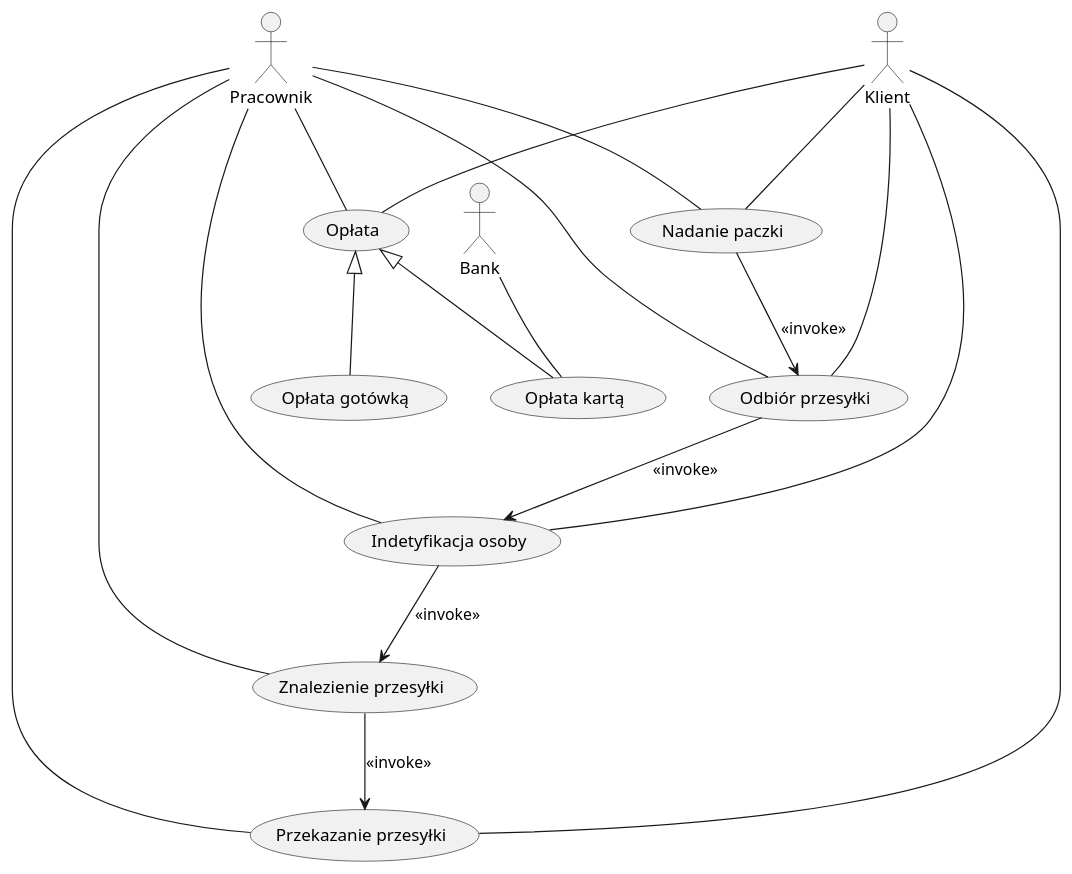
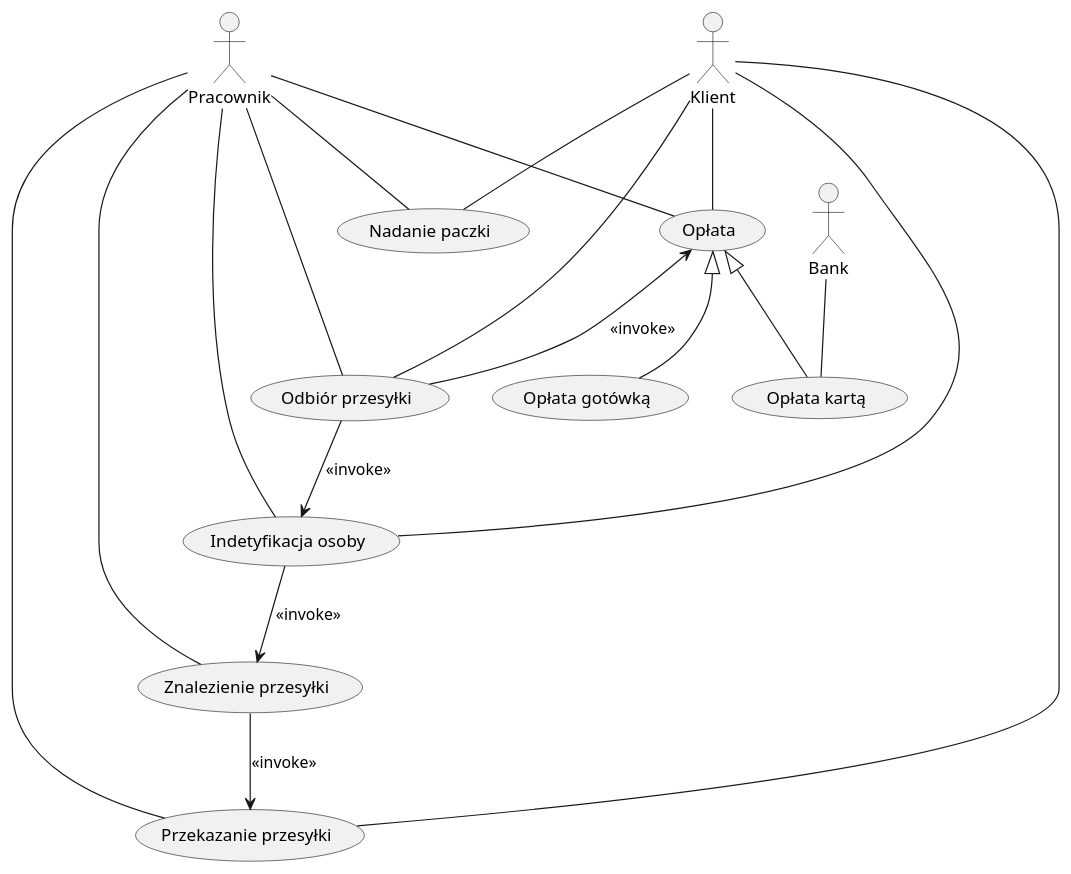
The diagram in zaoczne/g2/poczta_diagr_przypadkow_uzycia.plantuml (kpodlaski/ProjektowanieObiektowe_2024-24), drawn with PlantUML before and after one commit. The commit also changed 2 other files, not shown here.

```diff
--- a/zaoczne/g2/poczta_diagr_przypadkow_uzycia.plantuml
+++ b/zaoczne/g2/poczta_diagr_przypadkow_uzycia.plantuml
@@ -1,40 +1,40 @@
 @startuml
 
 actor Pracownik
 actor Klient
 actor Bank 
 
 usecase "Odbiór przesyłki" as Odbior
 usecase "Indetyfikacja osoby" as Identyfikacja
 usecase "Znalezienie przesyłki" as Znalezienie
 usecase "Przekazanie przesyłki" as Przekazanie
 usecase "Nadanie paczki" as NadaniePaczki
 usecase "Opłata" as Oplata
 usecase "Opłata kartą" as Karta
 usecase "Opłata gotówką" as Gotowka
 
 Pracownik -- Odbior
 Pracownik -- Identyfikacja
 Pracownik -- Znalezienie
 Pracownik -- Przekazanie
 Pracownik -- NadaniePaczki
 Pracownik -- Oplata
 Bank -- Karta
 
 Klient -- Odbior
 Klient -- Identyfikacja
 Klient -- Przekazanie
 Klient -- NadaniePaczki
 Klient -- Oplata
 
 Odbior --> Identyfikacja : <<invoke>>
 Identyfikacja --> Znalezienie : <<invoke>>
 Znalezienie --> Przekazanie : <<invoke>>
-NadaniePaczki --> Odbior : <<invoke>>
+Oplata <-- Odbior : <<invoke>>
 
 
 Gotowka -up-|> Oplata
 Karta -up-|> Oplata
 'Karta --> Oplata : <<extends>> 
 
 @enduml
```
